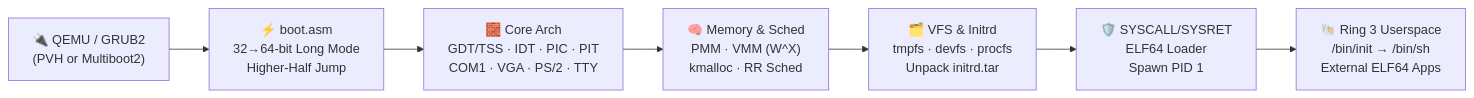
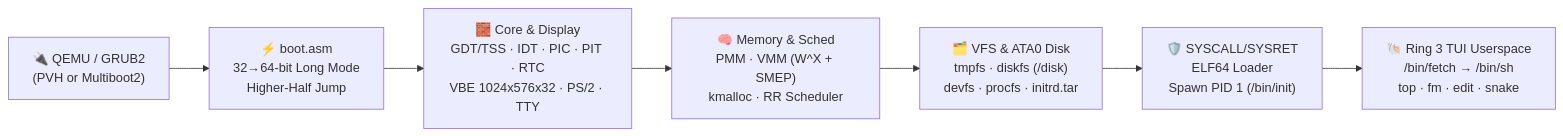
One commit to willygailo/OWN-KRN changed the diagram in README.md. Above: the diagram before and after it, drawn with Mermaid. The commit also changed other lines of this file and 4 other files, not shown here.

Commit message:
docs: update architecture, contributing guidelines, and readme for recent kernel features

````diff
--- a/README.md
+++ b/README.md
@@ -121,9 +121,9 @@
 ```mermaid
 flowchart LR
     A["🔌 QEMU / GRUB2<br/>(PVH or Multiboot2)"] --> B["⚡ boot.asm<br/>32→64-bit Long Mode<br/>Higher-Half Jump"]
-    B --> C["🧱 Core Arch<br/>GDT/TSS · IDT · PIC · PIT<br/>COM1 · VGA · PS/2 · TTY"]
-    C --> D["🧠 Memory & Sched<br/>PMM · VMM (W^X)<br/>kmalloc · RR Sched"]
-    D --> E["🗂️ VFS & Initrd<br/>tmpfs · devfs · procfs<br/>Unpack initrd.tar"]
-    E --> F["🛡️ SYSCALL/SYSRET<br/>ELF64 Loader<br/>Spawn PID 1"]
-    F --> G["🐚 Ring 3 Userspace<br/>/bin/init → /bin/sh<br/>External ELF64 Apps"]
+    B --> C["🧱 Core & Display<br/>GDT/TSS · IDT · PIC · PIT · RTC<br/>VBE 1024x576x32 · PS/2 · TTY"]
+    C --> D["🧠 Memory & Sched<br/>PMM · VMM (W^X + SMEP)<br/>kmalloc · RR Scheduler"]
+    D --> E["🗂️ VFS & ATA0 Disk<br/>tmpfs · diskfs (/disk)<br/>devfs · procfs · initrd.tar"]
+    E --> F["🛡️ SYSCALL/SYSRET<br/>ELF64 Loader<br/>Spawn PID 1 (/bin/init)"]
+    F --> G["🐚 Ring 3 TUI Userspace<br/>/bin/fetch → /bin/sh<br/>top · fm · edit · snake"]
 ```
````
